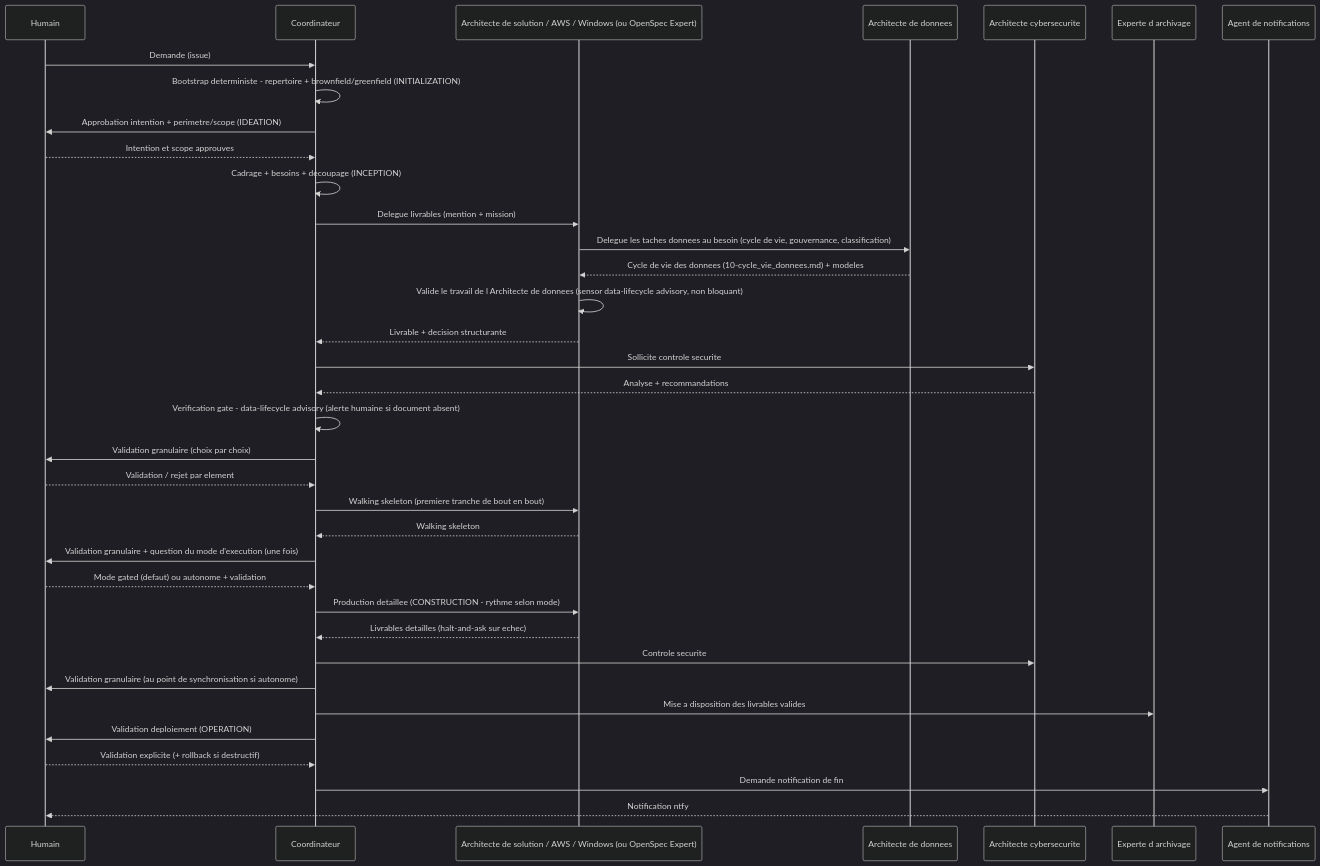
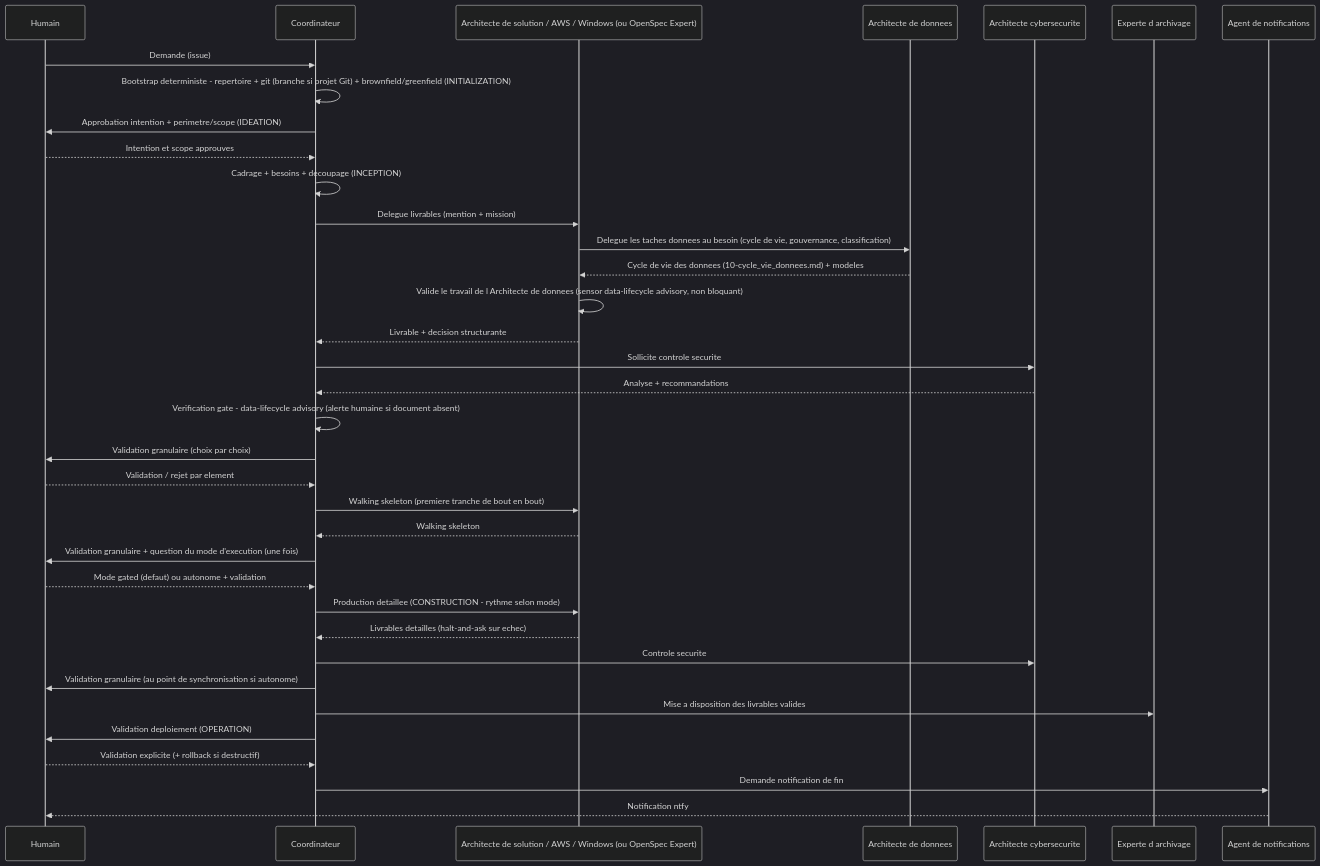
One commit to Gsyltc/homelab-portfolio changed the second of 2 diagrams in core/common/conductor.md. Above: the diagram before and after it, drawn with Mermaid (dark theme). The commit also changed other lines of this file and 2 other files, not shown here.

First line of the commit message:
feat(core): détection Git en Initialization + branche d'issue

````diff
--- a/core/common/conductor.md
+++ b/core/common/conductor.md
@@ -166,39 +167,39 @@
 ```mermaid
 sequenceDiagram
     participant H as Humain
     participant S as Coordinateur
     participant A as Architecte de solution / AWS / Windows (ou OpenSpec Expert)
     participant D as Architecte de donnees
     participant X as Architecte cybersecurite
     participant N as Experte d archivage
     participant AL as Agent de notifications
 
     H->>S: Demande (issue)
-    S->>S: Bootstrap deterministe - repertoire + brownfield/greenfield (INITIALIZATION)
+    S->>S: Bootstrap deterministe - repertoire + git (branche si projet Git) + brownfield/greenfield (INITIALIZATION)
     S->>H: Approbation intention + perimetre/scope (IDEATION)
     H-->>S: Intention et scope approuves
     S->>S: Cadrage + besoins + decoupage (INCEPTION)
     S->>A: Delegue livrables (mention + mission)
     A->>D: Delegue les taches donnees au besoin (cycle de vie, gouvernance, classification)
     D-->>A: Cycle de vie des donnees (10-cycle_vie_donnees.md) + modeles
     A->>A: Valide le travail de l Architecte de donnees (sensor data-lifecycle advisory, non bloquant)
     A-->>S: Livrable + decision structurante
     S->>X: Sollicite controle securite
     X-->>S: Analyse + recommandations
     S->>S: Verification gate - data-lifecycle advisory (alerte humaine si document absent)
     S->>H: Validation granulaire (choix par choix)
     H-->>S: Validation / rejet par element
     S->>A: Walking skeleton (premiere tranche de bout en bout)
     A-->>S: Walking skeleton
     S->>H: Validation granulaire + question du mode d'execution (une fois)
     H-->>S: Mode gated (defaut) ou autonome + validation
     S->>A: Production detaillee (CONSTRUCTION - rythme selon mode)
     A-->>S: Livrables detailles (halt-and-ask sur echec)
     S->>X: Controle securite
     S->>H: Validation granulaire (au point de synchronisation si autonome)
     S->>N: Mise a disposition des livrables valides
     S->>H: Validation deploiement (OPERATION)
     H-->>S: Validation explicite (+ rollback si destructif)
     S->>AL: Demande notification de fin
     AL-->>H: Notification ntfy
 ```
````
